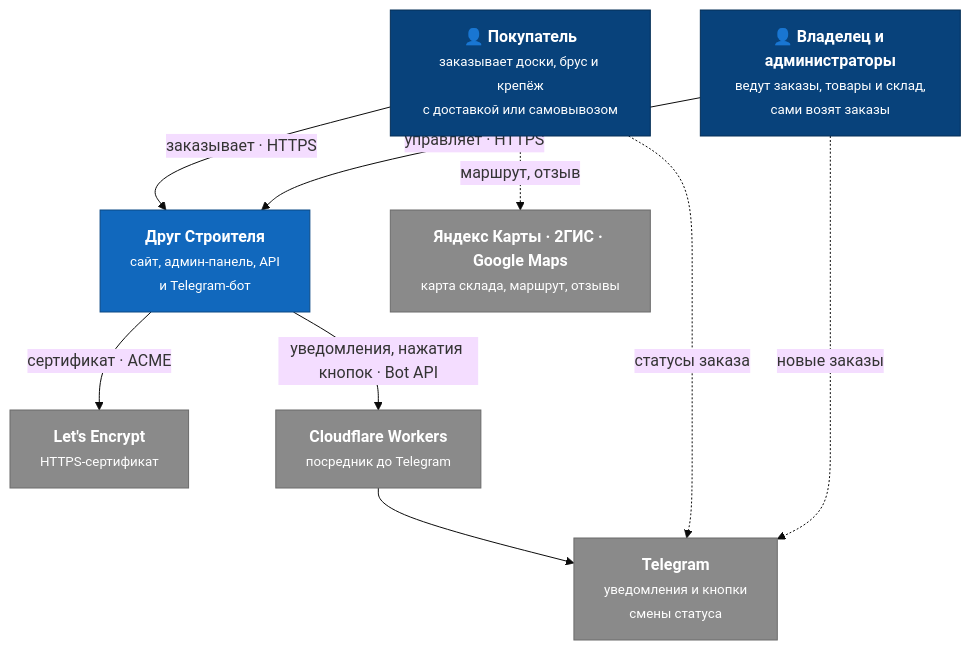
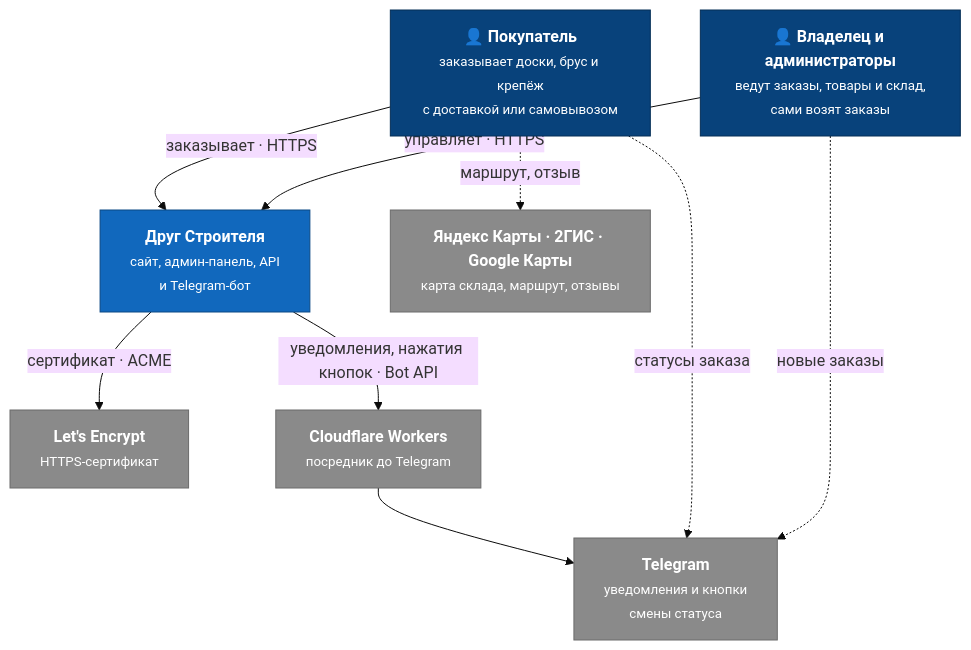
The eighth of 16 diagrams in docs/diagrams.md (haz2007/-Builder-s-Friend-), drawn with Mermaid (base theme) before and after one commit. The commit also changed other lines of this file and 12 other files, not shown here.

````diff
--- a/docs/diagrams.md
+++ b/docs/diagrams.md
@@ -339,28 +339,28 @@
 ```mermaid
 flowchart TB
     customer["👤 <b>Покупатель</b><br/><small>заказывает доски, брус и крепёж<br/>с доставкой или самовывозом</small>"]
     staff["👤 <b>Владелец и администраторы</b><br/><small>ведут заказы, товары и склад,<br/>сами возят заказы</small>"]
 
     shop["<b>Друг Строителя</b><br/><small>сайт, админ-панель, API<br/>и Telegram-бот</small>"]
 
     telegram["<b>Telegram</b><br/><small>уведомления и кнопки<br/>смены статуса</small>"]
-    maps["<b>Яндекс Карты · 2ГИС · Google Maps</b><br/><small>карта склада, маршрут, отзывы</small>"]
+    maps["<b>Яндекс Карты · 2ГИС · Google Карты</b><br/><small>карта склада, маршрут, отзывы</small>"]
     le["<b>Let's Encrypt</b><br/><small>HTTPS-сертификат</small>"]
     cf["<b>Cloudflare Workers</b><br/><small>посредник до Telegram</small>"]
 
     customer -- "заказывает · HTTPS" --> shop
     staff -- "управляет · HTTPS" --> shop
     shop -- "уведомления, нажатия кнопок · Bot API" --> cf
     cf --> telegram
     shop -- "сертификат · ACME" --> le
     customer -. "статусы заказа" .-> telegram
     staff -. "новые заказы" .-> telegram
     customer -. "маршрут, отзыв" .-> maps
 
     classDef person fill:#08427b,stroke:#052e56,color:#fff
     classDef system fill:#1168bd,stroke:#0b4884,color:#fff
     classDef external fill:#8a8a8a,stroke:#6b6b6b,color:#fff
     class customer,staff person
     class shop system
     class telegram,maps,le,cf external
 ```
````
